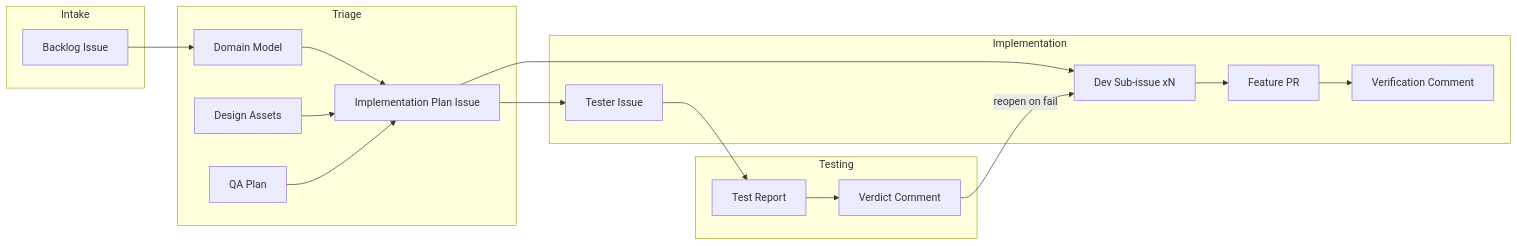
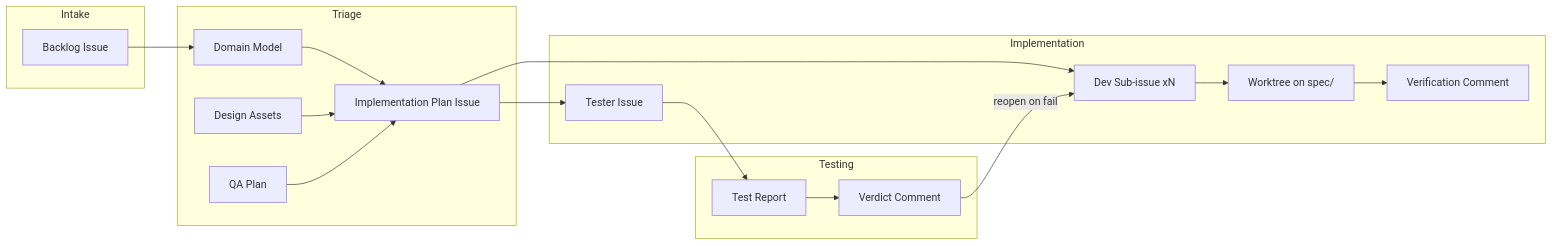
Before and after one commit to FredoAi/fredo: the diagram in docs/agentic-pipeline/04-artifacts.md, drawn with Mermaid. The commit also changed other lines of this file and 15 other files, not shown here.

````diff
--- a/docs/agentic-pipeline/04-artifacts.md
+++ b/docs/agentic-pipeline/04-artifacts.md
@@ -9,36 +9,36 @@
 ```mermaid
 flowchart LR
     subgraph Intake
         BL[Backlog Issue]
     end
 
     subgraph Triage
         DM[Domain Model]
         DS[Design Assets]
         QAP[QA Plan]
         IP[Implementation Plan Issue]
     end
 
     subgraph Implementation
         SUB[Dev Sub-issue xN]
         TIS[Tester Issue]
-        PR[Feature PR]
+        WT[Worktree on spec/<N>]
         VR[Verification Comment]
     end
 
     subgraph Testing
         TR[Test Report]
         VD[Verdict Comment]
     end
 
     BL --> DM
     DM --> IP
     DS --> IP
     QAP --> IP
     IP --> SUB
     IP --> TIS
-    SUB --> PR
-    PR --> VR
+    SUB --> WT
+    WT --> VR
     TIS --> TR --> VD
     VD -->|reopen on fail| SUB
 ```
````
